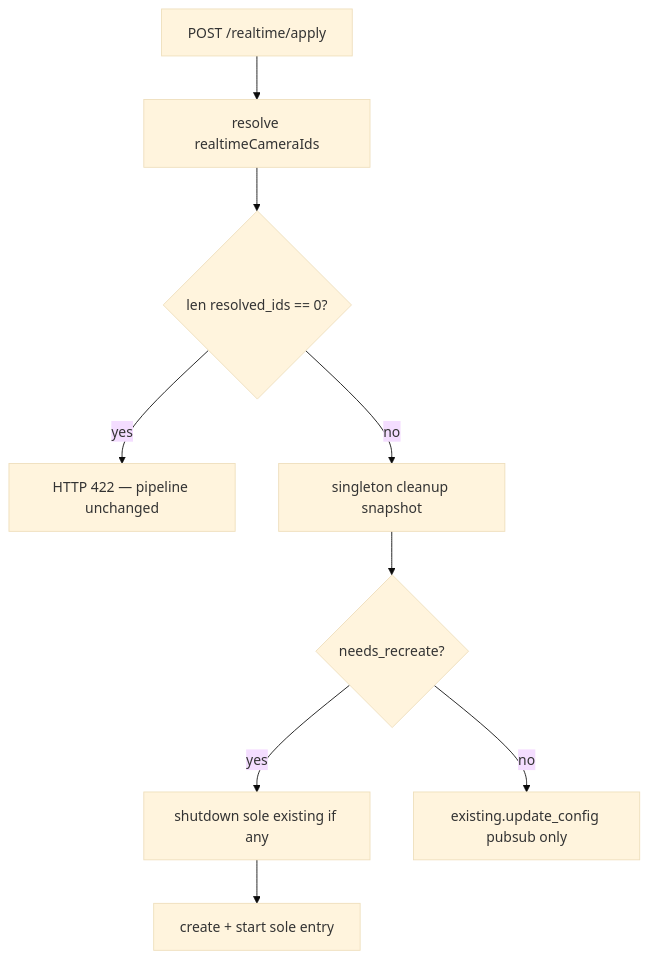
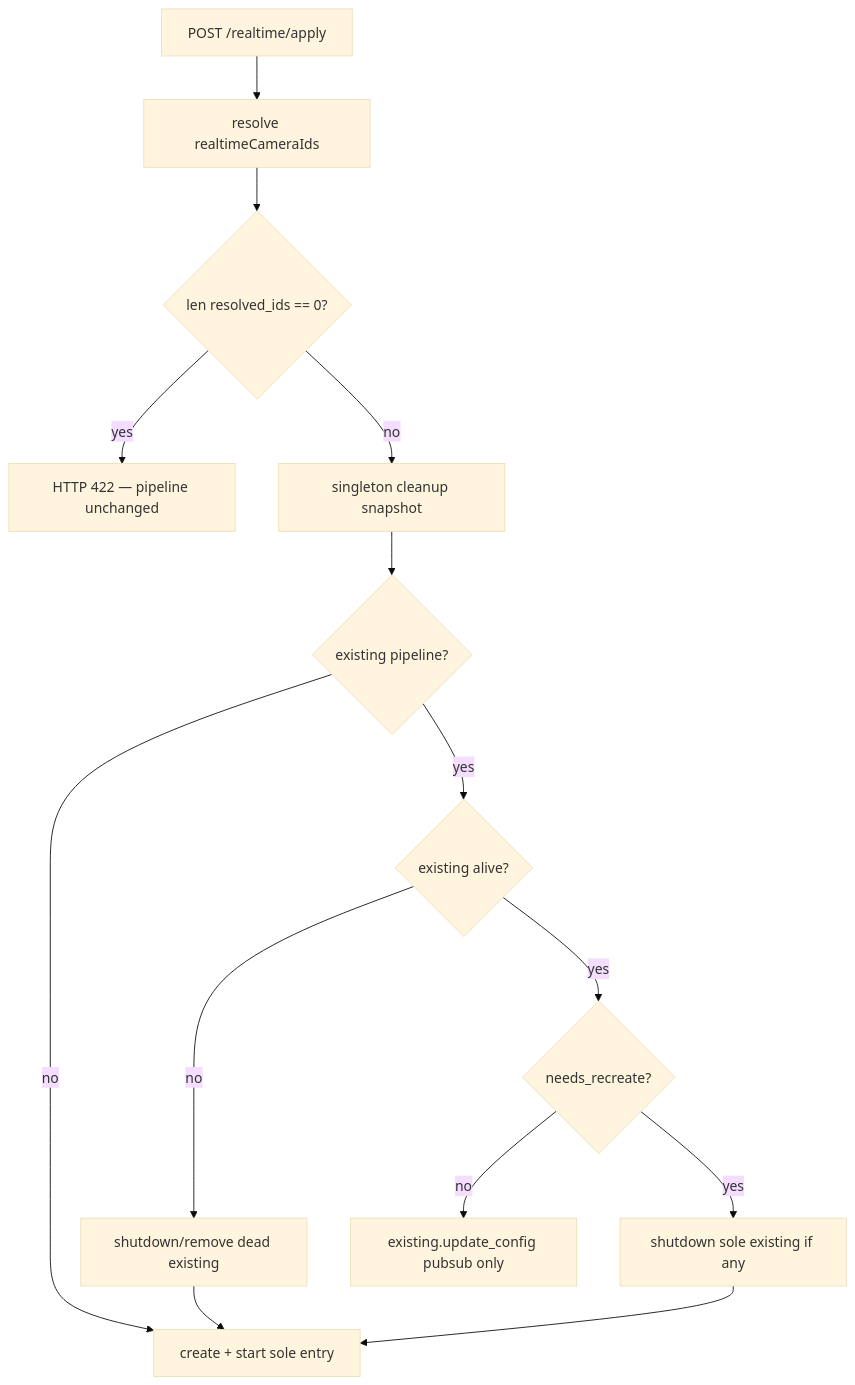
One commit to domisjustanumber/skellytracker changed the first of 2 diagrams in plans/20_single_global_realtime_pipeline.plan.md. Above: the diagram before and after it, drawn with Mermaid (base theme). The commit also changed other lines of this file and 3 other files, not shown here.

````diff
--- a/plans/20_single_global_realtime_pipeline.plan.md
+++ b/plans/20_single_global_realtime_pipeline.plan.md
@@ -55,11 +55,16 @@
 ```mermaid
 flowchart TD
   apply[POST /realtime/apply] --> resolve[resolve realtimeCameraIds]
   resolve --> zeroCam{len resolved_ids == 0?}
   zeroCam -->|yes| reject422[HTTP 422 — pipeline unchanged]
   zeroCam -->|no| enforce[singleton cleanup snapshot]
-  enforce --> needsRec{needs_recreate?}
+  enforce --> exists{existing pipeline?}
+  exists -->|no| newPipe[create + start sole entry]
+  exists -->|yes| alive{existing alive?}
+  alive -->|no| shutdownDead[shutdown/remove dead existing]
+  shutdownDead --> newPipe
+  alive -->|yes| needsRec{needs_recreate?}
   needsRec -->|yes| shutdownExisting[shutdown sole existing if any]
-  shutdownExisting --> newPipe[create + start sole entry]
+  shutdownExisting --> newPipe
   needsRec -->|no| pubsub[existing.update_config pubsub only]
 ```
````
